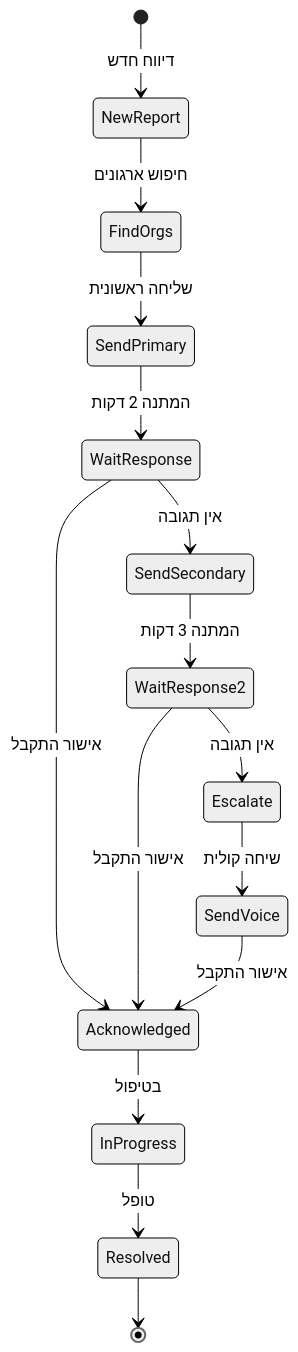
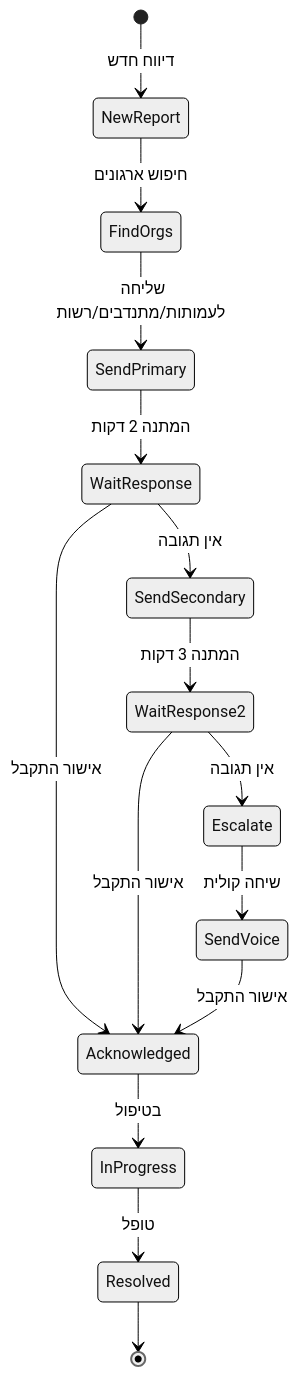
One commit to amirbiron/Animals-rescue changed the second of 5 diagrams in docs/architecture.md. Above: the diagram before and after it, drawn with Mermaid (neutral theme). The commit also changed other lines of this file and 3 other files, not shown here.

````diff
--- a/docs/architecture.md
+++ b/docs/architecture.md
@@ -156,21 +159,21 @@
 ```mermaid
 stateDiagram-v2
     [*] --> NewReport: דיווח חדש
     NewReport --> FindOrgs: חיפוש ארגונים
-    FindOrgs --> SendPrimary: שליחה ראשונית
+    FindOrgs --> SendPrimary: שליחה לעמותות/מתנדבים/רשות
     
     SendPrimary --> WaitResponse: המתנה 2 דקות
     WaitResponse --> Acknowledged: אישור התקבל
     WaitResponse --> SendSecondary: אין תגובה
     
     SendSecondary --> WaitResponse2: המתנה 3 דקות
     WaitResponse2 --> Acknowledged: אישור התקבל
     WaitResponse2 --> Escalate: אין תגובה
     
     Escalate --> SendVoice: שיחה קולית
     SendVoice --> Acknowledged: אישור התקבל
     
     Acknowledged --> InProgress: בטיפול
     InProgress --> Resolved: טופל
     Resolved --> [*]
 ```
````
